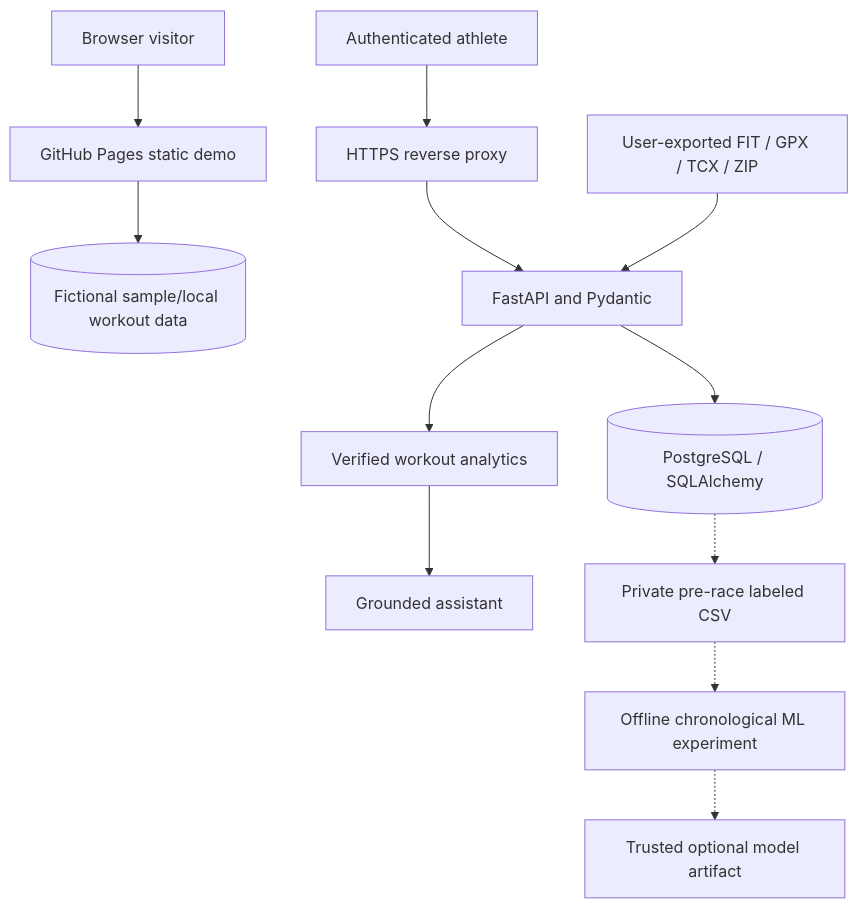
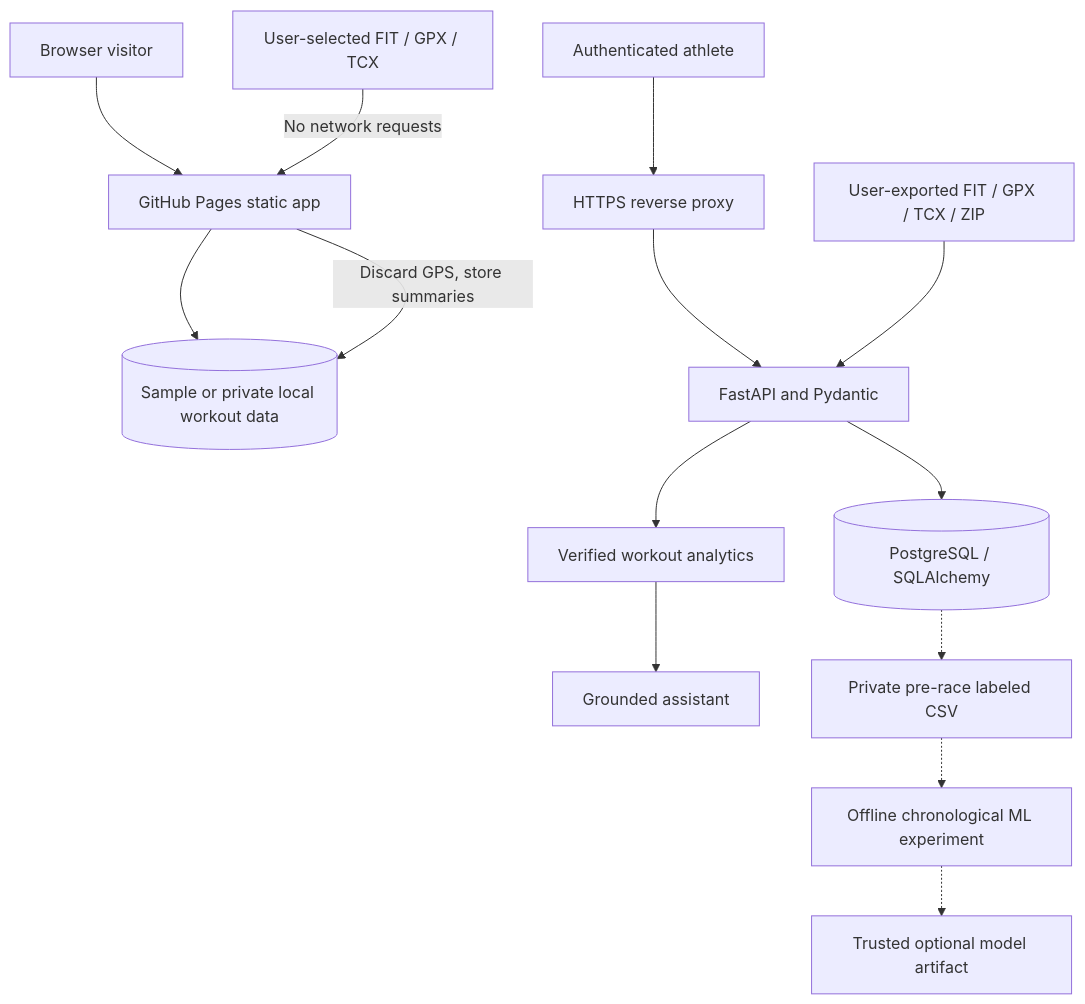
The diagram in README.md (dokeefe414/Pacelab), drawn with Mermaid before and after one commit. The commit also changed other lines of this file and 23 other files, not shown here.

First line of the commit message:
feat: PaceLab v0.8 real browser FIT imports, local racing insights and private backups

````diff
--- a/README.md
+++ b/README.md
@@ -66,14 +74,16 @@
 ```mermaid
 flowchart TD
-  A[Browser visitor] --> B[GitHub Pages static demo]
-  B --> C[(Fictional sample/local workout data)]
+  A[Browser visitor] --> B[GitHub Pages static app]
+  B --> C[(Sample or private local workout data)]
+  F[User-selected FIT / GPX / TCX] -->|No network requests| B
+  B -->|Discard GPS, store summaries| C
   U[Authenticated athlete] --> H[HTTPS reverse proxy]
   H --> API[FastAPI and Pydantic]
   API --> DB[(PostgreSQL / SQLAlchemy)]
   COROS[User-exported FIT / GPX / TCX / ZIP] --> API
   API --> STATS[Verified workout analytics]
   STATS --> ASSIST[Grounded assistant]
   DB -.-> EXPORT[Private pre-race labeled CSV]
   EXPORT -.-> TRAIN[Offline chronological ML experiment]
   TRAIN -.-> MODEL[Trusted optional model artifact]
 ```
````
